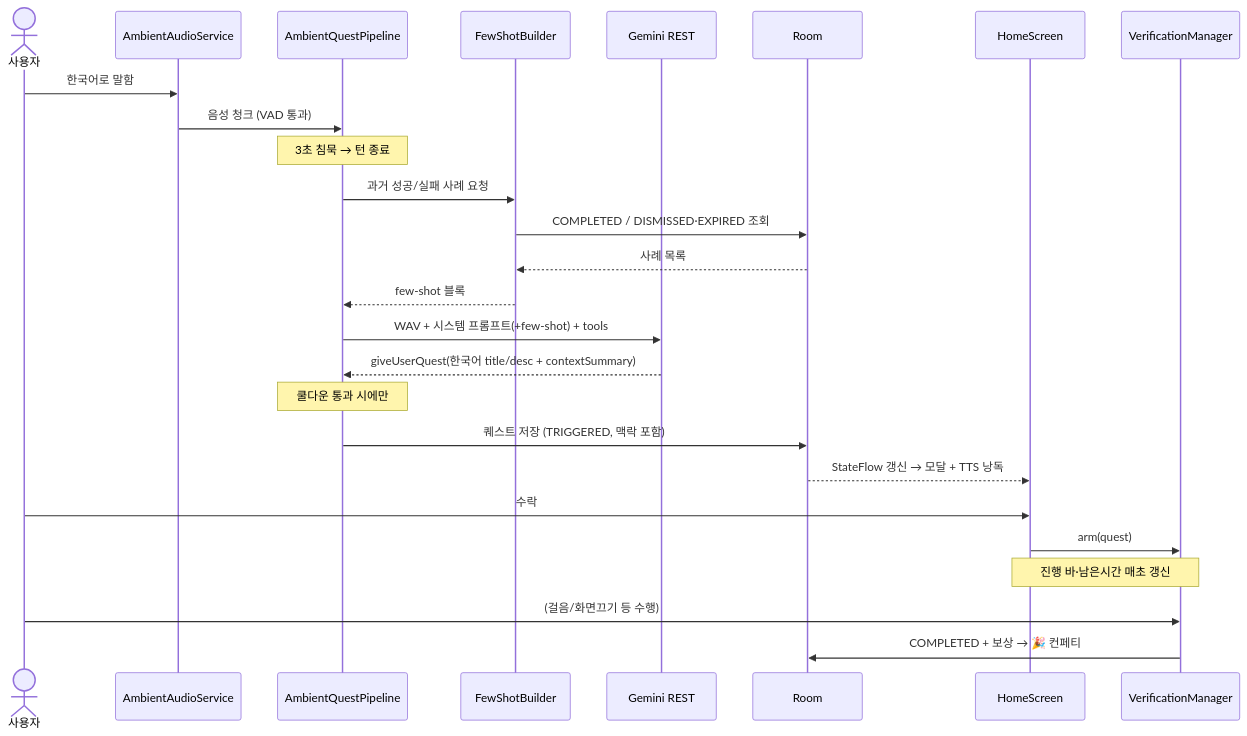
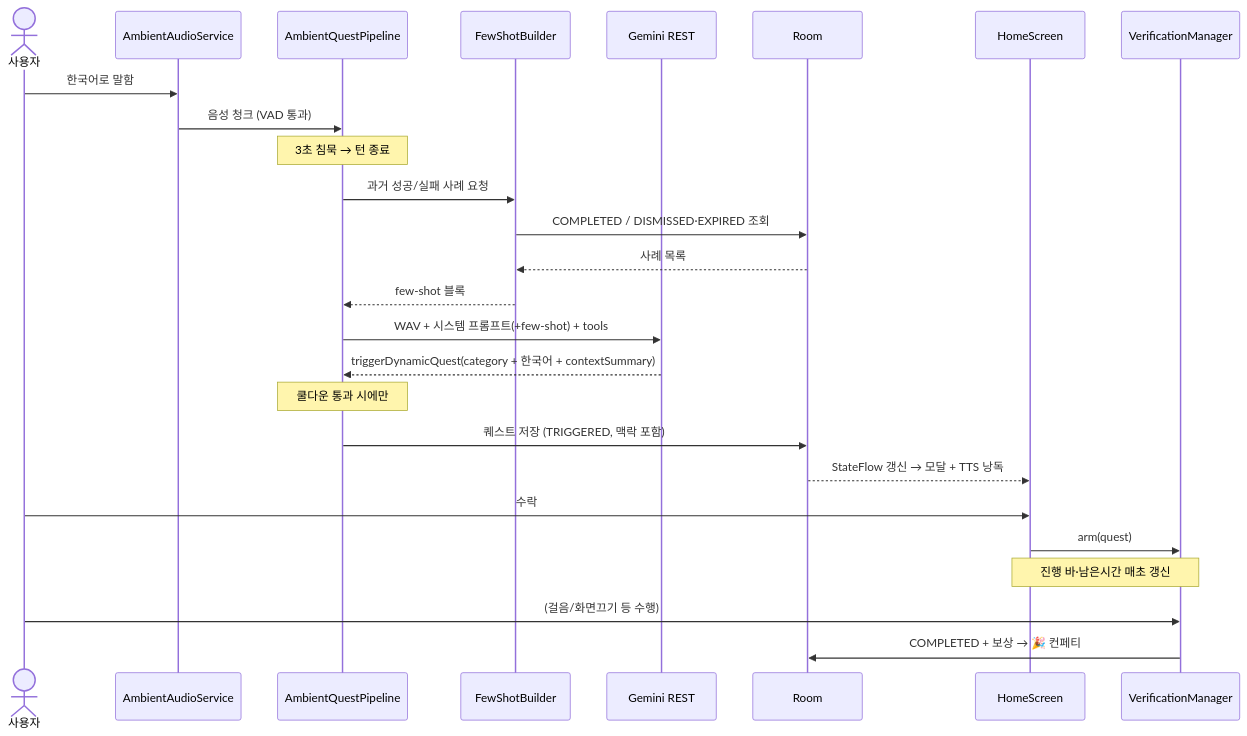
Before and after one commit to RefXTeam/quest-ai-android: the second of 4 diagrams in README.md, drawn with Mermaid. The commit also changed other lines of this file and 34 other files, not shown here.

First line of the commit message:
feat: 만능 함수(triggerDynamicQuest) + 센서 실시간 + 발표용 파이프라인 모니터

````diff
--- a/README.md
+++ b/README.md
@@ -65,29 +79,29 @@
 ```mermaid
 sequenceDiagram
     actor U as 사용자
     participant S as AmbientAudioService
     participant P as AmbientQuestPipeline
     participant F as FewShotBuilder
     participant G as Gemini REST
     participant DB as Room
     participant UI as HomeScreen
     participant V as VerificationManager
 
     U->>S: 한국어로 말함
     S->>P: 음성 청크 (VAD 통과)
     Note over P: 3초 침묵 → 턴 종료
     P->>F: 과거 성공/실패 사례 요청
     F->>DB: COMPLETED / DISMISSED·EXPIRED 조회
     DB-->>F: 사례 목록
     F-->>P: few-shot 블록
     P->>G: WAV + 시스템 프롬프트(+few-shot) + tools
-    G-->>P: giveUserQuest(한국어 title/desc + contextSummary)
+    G-->>P: triggerDynamicQuest(category + 한국어 + contextSummary)
     Note over P: 쿨다운 통과 시에만
     P->>DB: 퀘스트 저장 (TRIGGERED, 맥락 포함)
     DB-->>UI: StateFlow 갱신 → 모달 + TTS 낭독
     U->>UI: 수락
     UI->>V: arm(quest)
     Note over UI,V: 진행 바·남은시간 매초 갱신
     U->>V: (걸음/화면끄기 등 수행)
     V->>DB: COMPLETED + 보상 → 🎉 컨페티
 ```
````
